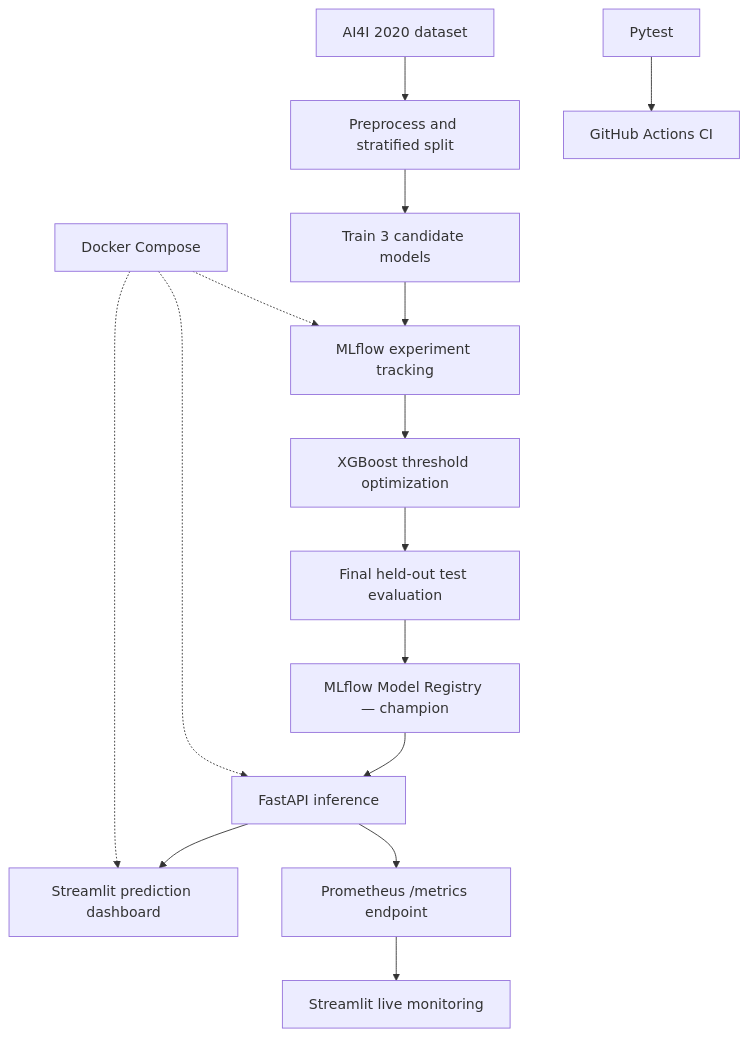
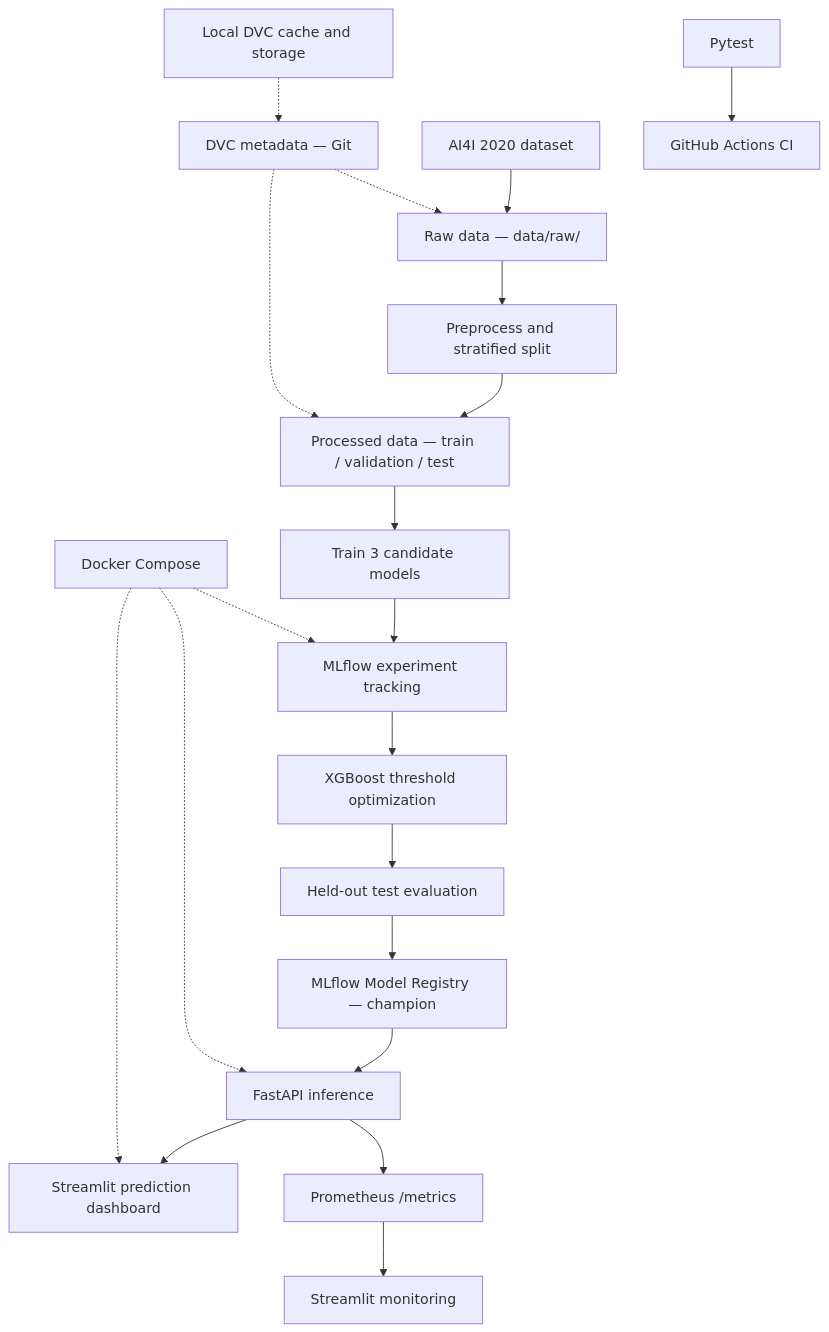
One commit to YoussefMouhi/MLflowOps changed the diagram in README.md. Above: the diagram before and after it, drawn with Mermaid. The commit also changed other lines of this file, not shown here.

Commit message:
docs: update architecture for implemented DVC dataset tracking

````diff
--- a/README.md
+++ b/README.md
@@ -41,17 +42,23 @@
 ```mermaid
 flowchart TD
-    A["AI4I 2020 dataset"] --> B["Preprocess and stratified split"]
-    B --> C["Train 3 candidate models"]
-    C --> D["MLflow experiment tracking"]
-    D --> E["XGBoost threshold optimization"]
-    E --> F["Final held-out test evaluation"]
-    F --> G["MLflow Model Registry — champion"]
-    G --> H["FastAPI inference"]
-    H --> I["Streamlit prediction dashboard"]
-    H --> J["Prometheus /metrics endpoint"]
-    J --> K["Streamlit live monitoring"]
-    L["Pytest"] --> M["GitHub Actions CI"]
-    N["Docker Compose"] -.-> D
-    N -.-> H
-    N -.-> I
+    A["AI4I 2020 dataset"] --> B["Raw data — data/raw/"]
+    B --> C["Preprocess and stratified split"]
+    C --> D["Processed data — train / validation / test"]
+    D --> E["Train 3 candidate models"]
+    E --> F["MLflow experiment tracking"]
+    F --> G["XGBoost threshold optimization"]
+    G --> H["Held-out test evaluation"]
+    H --> I["MLflow Model Registry — champion"]
+    I --> J["FastAPI inference"]
+    J --> K["Streamlit prediction dashboard"]
+    J --> L["Prometheus /metrics"]
+    L --> M["Streamlit monitoring"]
+
+    N["DVC metadata — Git"] -.-> B
+    N -.-> D
+    O["Local DVC cache and storage"] -.-> N
+    P["Docker Compose"] -.-> F
+    P -.-> J
+    P -.-> K
+    Q["Pytest"] --> R["GitHub Actions CI"]
 ```
````
